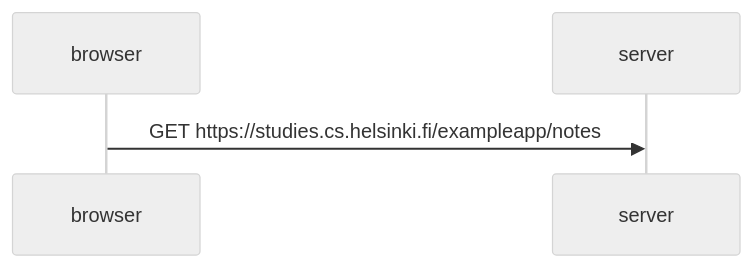
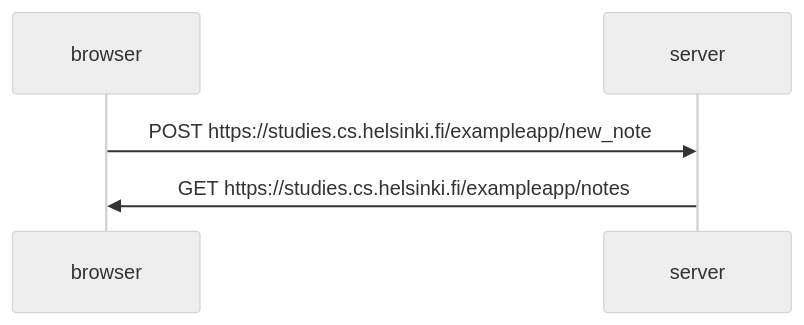
Before and after one commit to qcc42/fullstackopen: the diagram in test.md, drawn with Mermaid (neutral theme).

Commit message:
First draft of diagram for assignment 0.4.

````diff
--- a/test.md
+++ b/test.md
@@ -1,7 +1,9 @@
 ```mermaid
 sequenceDiagram
     participant browser
     participant server
 
-    browser->>server: GET https://studies.cs.helsinki.fi/exampleapp/notes
+    browser->>server: POST https://studies.cs.helsinki.fi/exampleapp/new_note
+
+    server->>browser: GET https://studies.cs.helsinki.fi/exampleapp/notes
 ```
````
